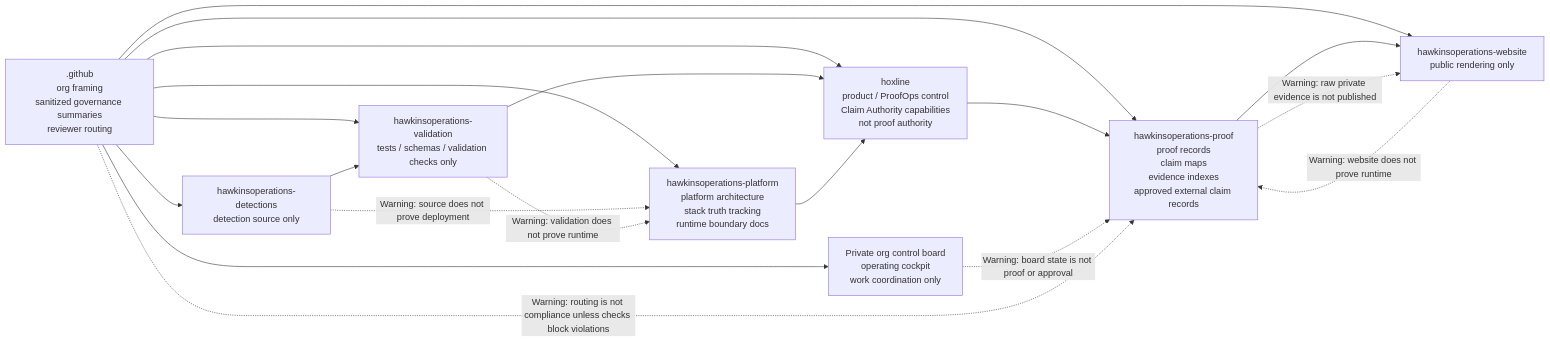
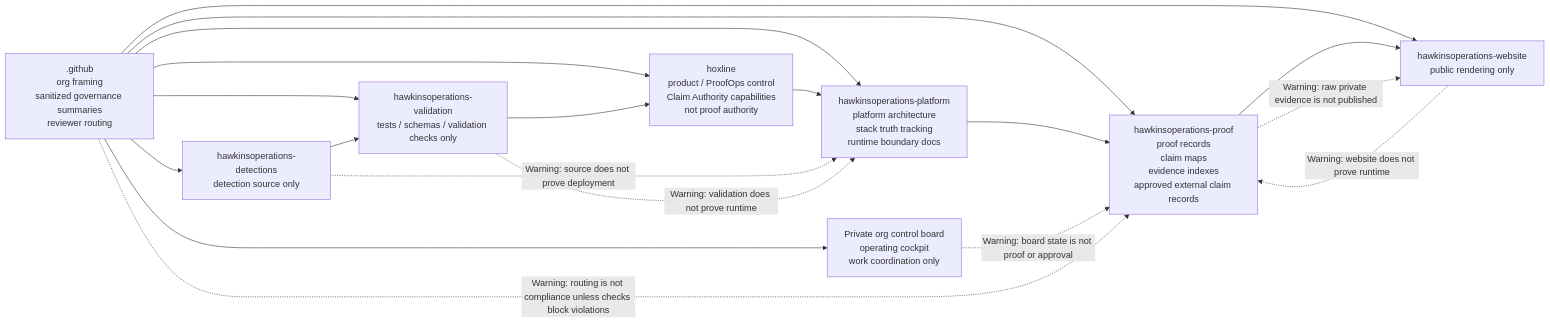
One commit to HawkinsOperations/.github changed the first of 6 diagrams in wiki/11_ORG_SYSTEM_MAP.md. Above: the diagram before and after it, drawn with Mermaid. The commit also changed 1 other file, not shown here.

Commit message:
Preserve Hoxline evidence handoff order

````diff
--- a/wiki/11_ORG_SYSTEM_MAP.md
+++ b/wiki/11_ORG_SYSTEM_MAP.md
@@ -24,32 +24,32 @@
 ```mermaid
 flowchart LR
     org[".github<br/>org framing<br/>sanitized governance summaries<br/>reviewer routing"]
     hox["hoxline<br/>product / ProofOps control<br/>Claim Authority capabilities<br/>not proof authority"]
     det["hawkinsoperations-detections<br/>detection source only"]
     val["hawkinsoperations-validation<br/>tests / schemas / validation checks only"]
     plat["hawkinsoperations-platform<br/>platform architecture<br/>stack truth tracking<br/>runtime boundary docs"]
     proof["hawkinsoperations-proof<br/>proof records<br/>claim maps<br/>evidence indexes<br/>approved external claim records"]
     web["hawkinsoperations-website<br/>public rendering only"]
     project["Private org control board<br/>operating cockpit<br/>work coordination only"]
 
     org --> det
     org --> hox
     org --> val
     org --> plat
     org --> proof
     org --> web
     org --> project
 
     det --> val
     val --> hox
-    plat --> hox
-    hox --> proof
+    hox --> plat
+    plat --> proof
     proof --> web
 
     web -. "Warning: website does not prove runtime" .-> proof
     project -. "Warning: board state is not proof or approval" .-> proof
     det -. "Warning: source does not prove deployment" .-> plat
     val -. "Warning: validation does not prove runtime" .-> plat
     proof -. "Warning: raw private evidence is not published" .-> web
     org -. "Warning: routing is not compliance unless checks block violations" .-> proof
 ```
````
